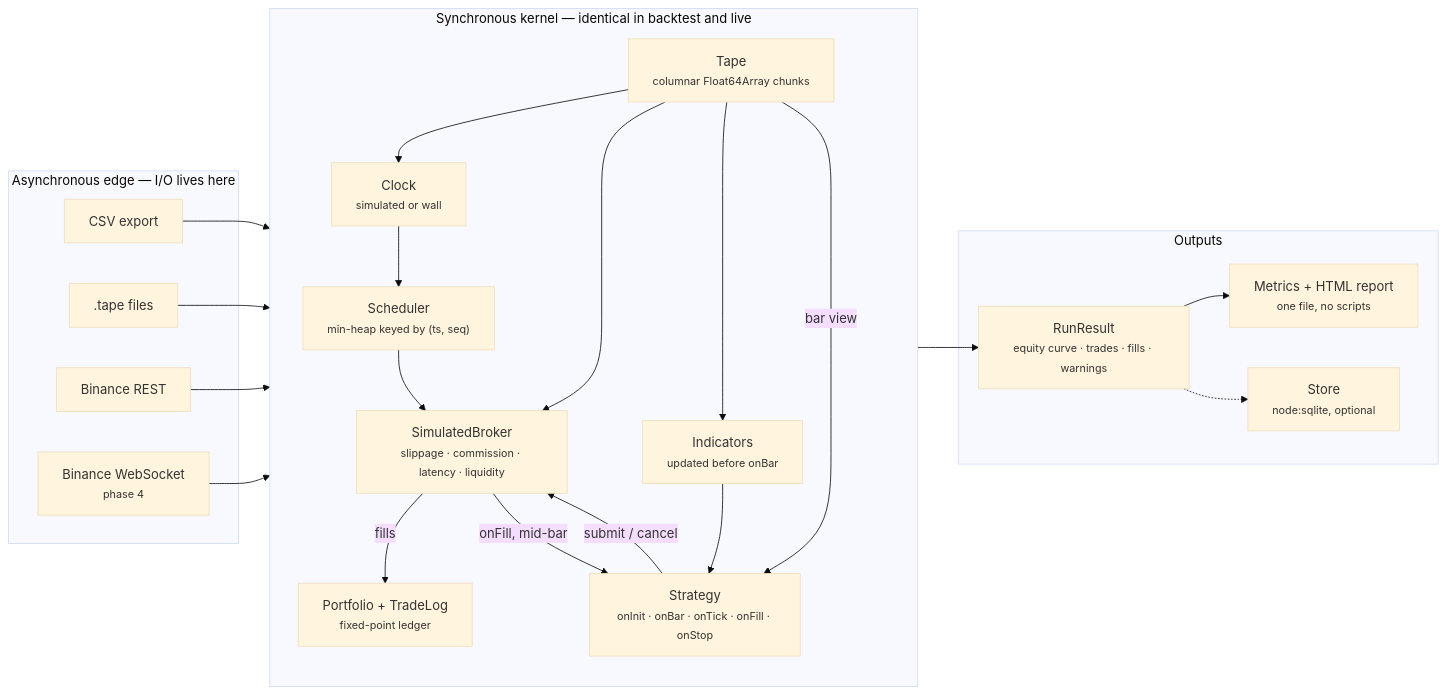
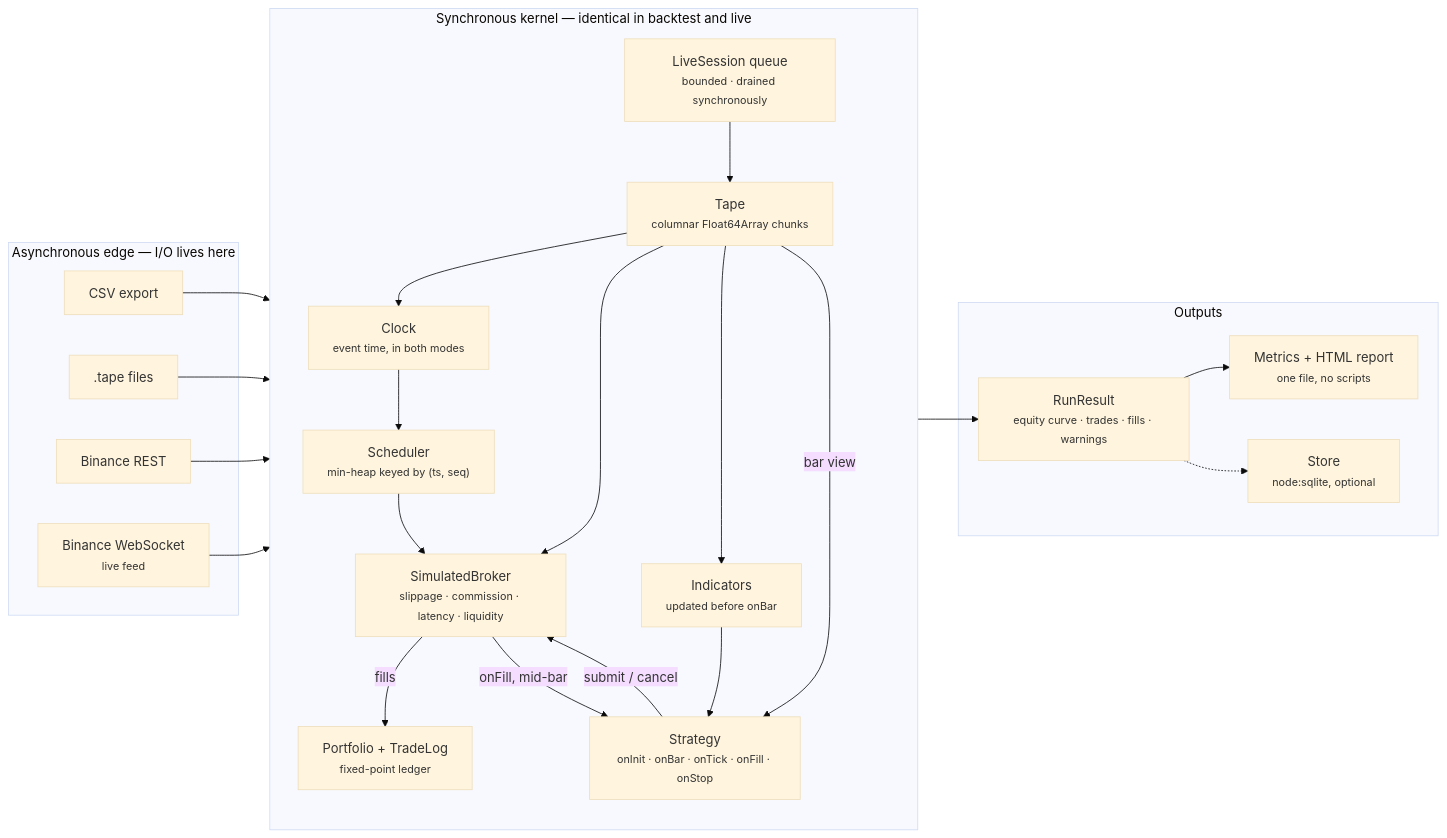
The diagram in README.md (naderfilho/Tapedeck), drawn with Mermaid (base theme) before and after one commit. The commit also changed other lines of this file and 5 other files, not shown here.

````diff
--- a/README.md
+++ b/README.md
@@ -107,44 +157,46 @@
 ```mermaid
 flowchart LR
   subgraph edge["Asynchronous edge — I/O lives here"]
     csv["CSV export"]
     tape[".tape files"]
     rest["Binance REST"]
-    ws["Binance WebSocket<br/><small>phase 4</small>"]
+    ws["Binance WebSocket<br/><small>live feed</small>"]
   end
 
   subgraph kernel["Synchronous kernel — identical in backtest and live"]
     direction TB
+    queue["LiveSession queue<br/><small>bounded · drained synchronously</small>"]
     chunks["Tape<br/><small>columnar Float64Array chunks</small>"]
     sched["Scheduler<br/><small>min-heap keyed by (ts, seq)</small>"]
-    clock["Clock<br/><small>simulated or wall</small>"]
+    clock["Clock<br/><small>event time, in both modes</small>"]
     broker["SimulatedBroker<br/><small>slippage · commission · latency · liquidity</small>"]
     ind["Indicators<br/><small>updated before onBar</small>"]
     strat["Strategy<br/><small>onInit · onBar · onTick · onFill · onStop</small>"]
     port["Portfolio + TradeLog<br/><small>fixed-point ledger</small>"]
   end
 
   subgraph out["Outputs"]
     result["RunResult<br/><small>equity curve · trades · fills · warnings</small>"]
     report["Metrics + HTML report<br/><small>one file, no scripts</small>"]
     store["Store<br/><small>node:sqlite, optional</small>"]
   end
 
+  queue --> chunks
   csv --> chunks
   tape --> chunks
   rest --> chunks
-  ws --> sched
+  ws --> queue
   chunks --> clock
   clock --> sched
   sched --> broker
   chunks --> broker
   chunks --> ind
   ind --> strat
   broker -- "fills" --> port
   broker -- "onFill, mid-bar" --> strat
   chunks -- "bar view" --> strat
   strat -- "submit / cancel" --> broker
   port --> result
   result --> report
   result -.-> store
 ```
````
